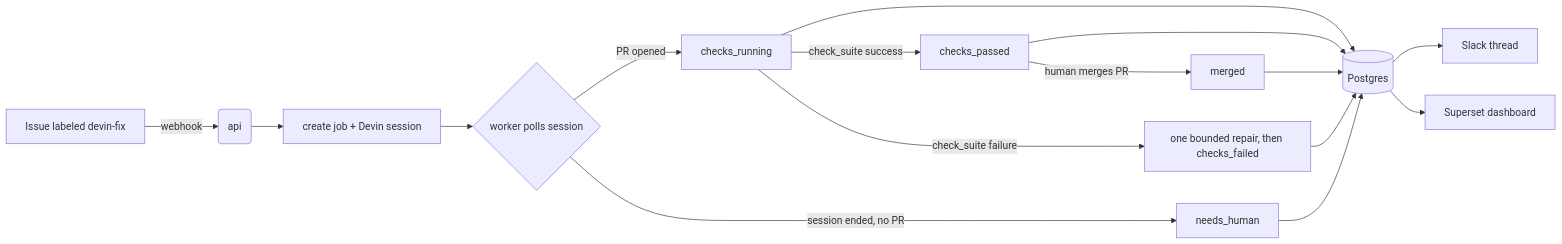
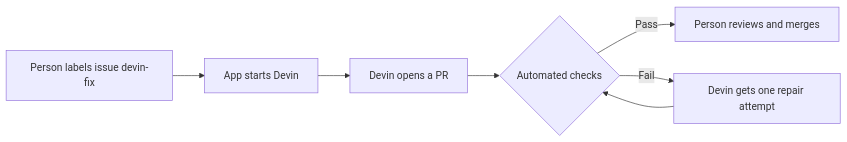
The diagram in docs/ARCHITECTURE.md (haveitjoewei/devin-superset-automation), drawn with Mermaid before and after one commit. The commit also changed other lines of this file and 6 other files, not shown here.

````diff
--- a/docs/ARCHITECTURE.md
+++ b/docs/ARCHITECTURE.md
@@ -20,14 +18,9 @@
 ```mermaid
 flowchart LR
-  A[Issue labeled devin-fix] -->|webhook| B(api)
-  B --> C[create job + Devin session]
-  C --> D{worker polls session}
-  D -->|PR opened| E[checks_running]
-  E -->|check_suite success| F[checks_passed]
-  F -->|human merges PR| G[merged]
-  E -->|check_suite failure| H[one bounded repair, then checks_failed]
-  D -->|session ended, no PR| I[needs_human]
-  E & F & G & H & I --> J[(Postgres)]
-  J --> K[Slack thread]
-  J --> L[Superset dashboard]
+  A[Person labels issue devin-fix] --> B[App starts Devin]
+  B --> C[Devin opens a PR]
+  C --> D{Automated checks}
+  D -->|Pass| E[Person reviews and merges]
+  D -->|Fail| F[Devin gets one repair attempt]
+  F --> D
 ```
````
